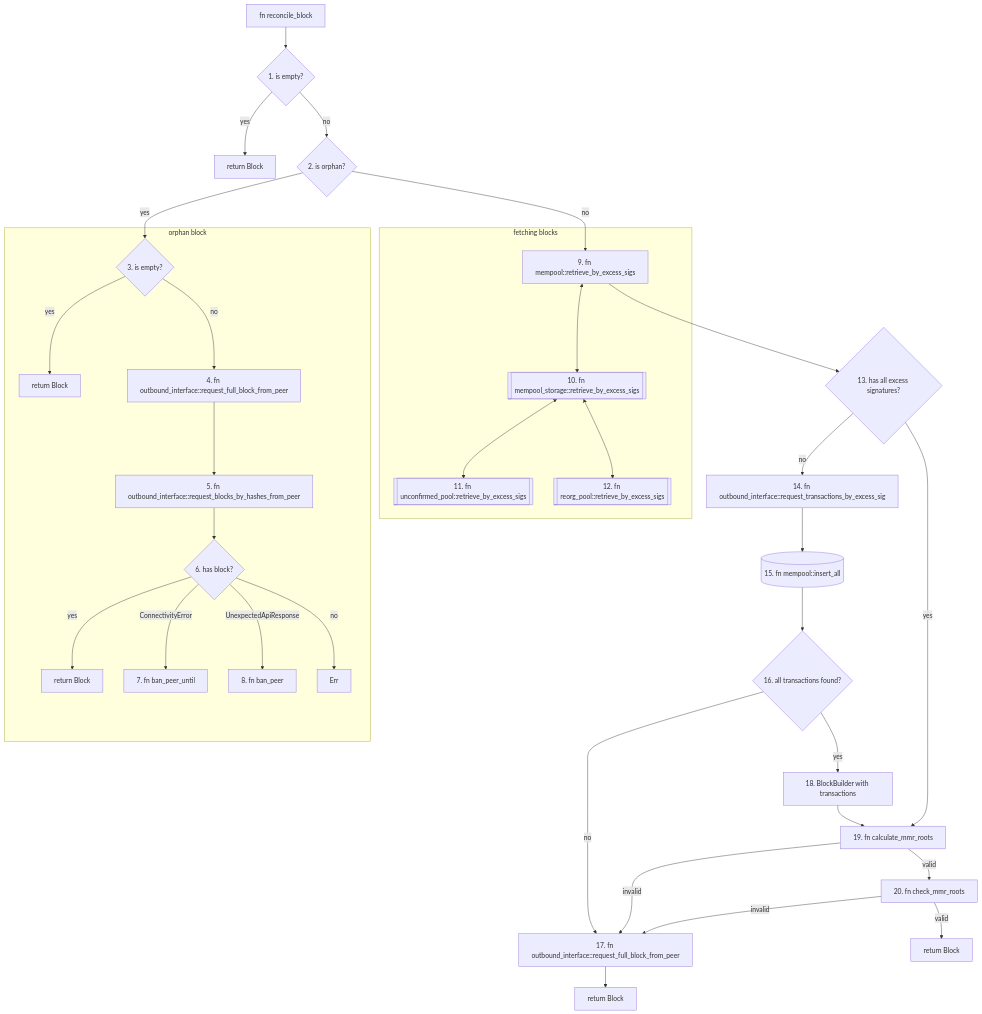
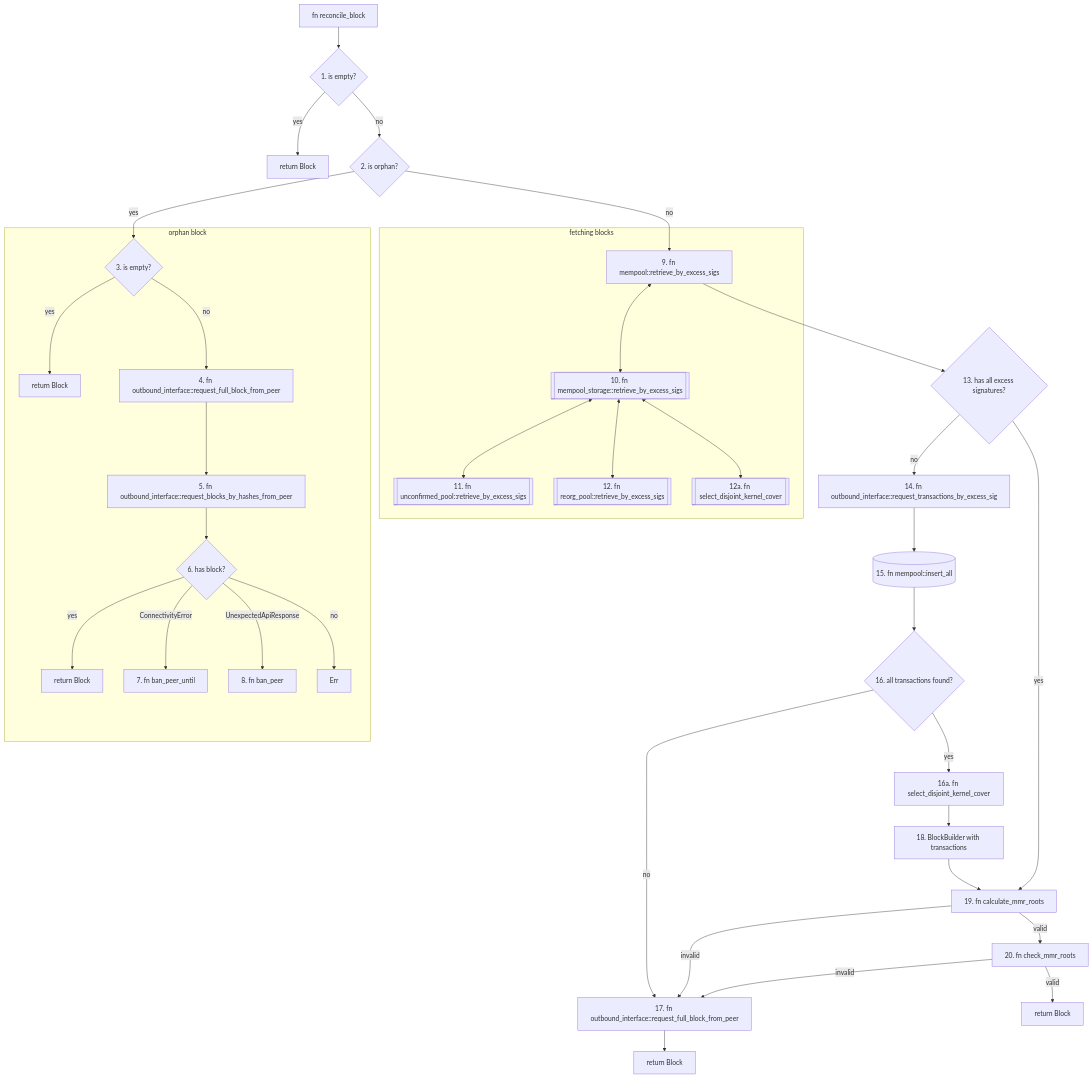
The diagram in docs/src/diagrams/reconcile_block.md (tari-project/tari), drawn with Mermaid before and after one commit. The commit also changed 4 other files, not shown here.

First line of the commit message:
fix(mempool): rebuild compact blocks from a disjoint kernel cover (#8392)

````diff
--- a/docs/src/diagrams/reconcile_block.md
+++ b/docs/src/diagrams/reconcile_block.md
@@ -15,43 +15,45 @@
 ```mermaid
 
 flowchart TD
     A[fn reconcile_block] --> AA{1. is empty?}
     AA --yes --> AB[return Block]
     AA --no --> AC{2. is orphan?}
     AC --yes --> D
     AC --no --> B[9. fn mempool::retrieve_by_excess_sigs]
     
     subgraph fetching blocks
         B <--> BA[[10. fn mempool_storage::retrieve_by_excess_sigs]]
         BA <--> BB[[11. fn unconfirmed_pool::retrieve_by_excess_sigs]]
         BA <--> BC[[12. fn reorg_pool::retrieve_by_excess_sigs]]
+        BA <--> BD[[12a. fn select_disjoint_kernel_cover]]
     end
     
     B --> C{13. has all excess signatures?}
     C --no --> CA[14. fn outbound_interface::request_transactions_by_excess_sig]
     CA --> CC[(15. fn mempool::insert_all)]
     CC --> CE{16. all transactions found?}
     CE --no --> CJ
-    CE --yes --> CD[18. BlockBuilder with transactions]
+    CE --yes --> CF[16a. fn select_disjoint_kernel_cover]
+    CF --> CD[18. BlockBuilder with transactions]
     C --yes --> CB[19. fn calculate_mmr_roots]
     CB --invalid --> CJ[17. fn outbound_interface::request_full_block_from_peer]
     CJ --> CK[return Block]
     CB --valid --> CL[20. fn check_mmr_roots]
     CL --invalid --> CJ
     CD --> CB
     CL --valid --> CM[return Block]
 
     subgraph orphan block
         D{3. is empty?}
         D --yes --> DA[return Block]
         D --no --> DB[4. fn outbound_interface::request_full_block_from_peer]
         DB --> DC[5. fn outbound_interface::request_blocks_by_hashes_from_peer]
         DC --> DD{6. has block?}
         DD --yes --> DE[return Block]
         DD --ConnectivityError --> DF[7. fn ban_peer_until]
         DD --UnexpectedApiResponse --> DG[8. fn ban_peer]
         DD --no --> DH[Err]
     end
     
     classDef note fill:#eee,stroke:#ccc
 ```
````
